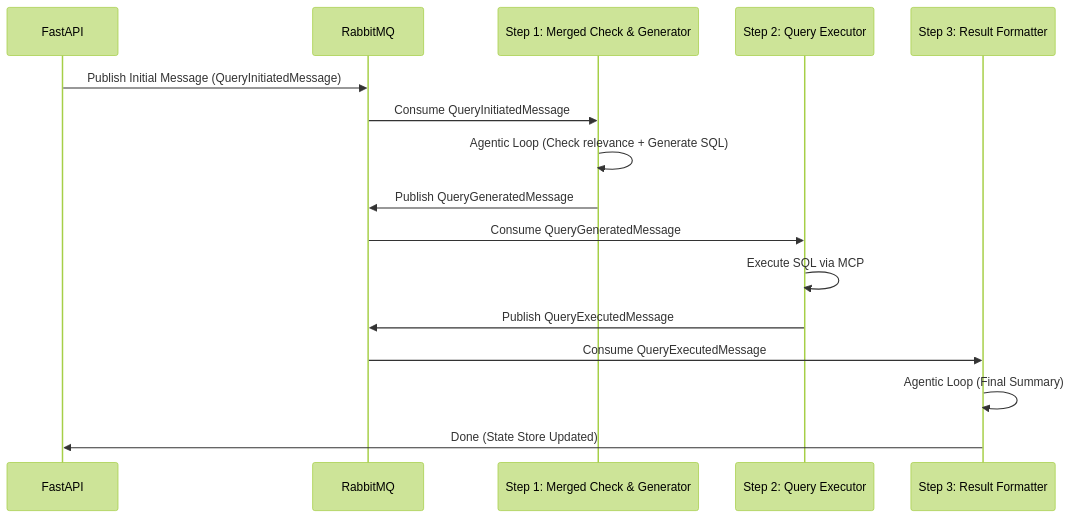
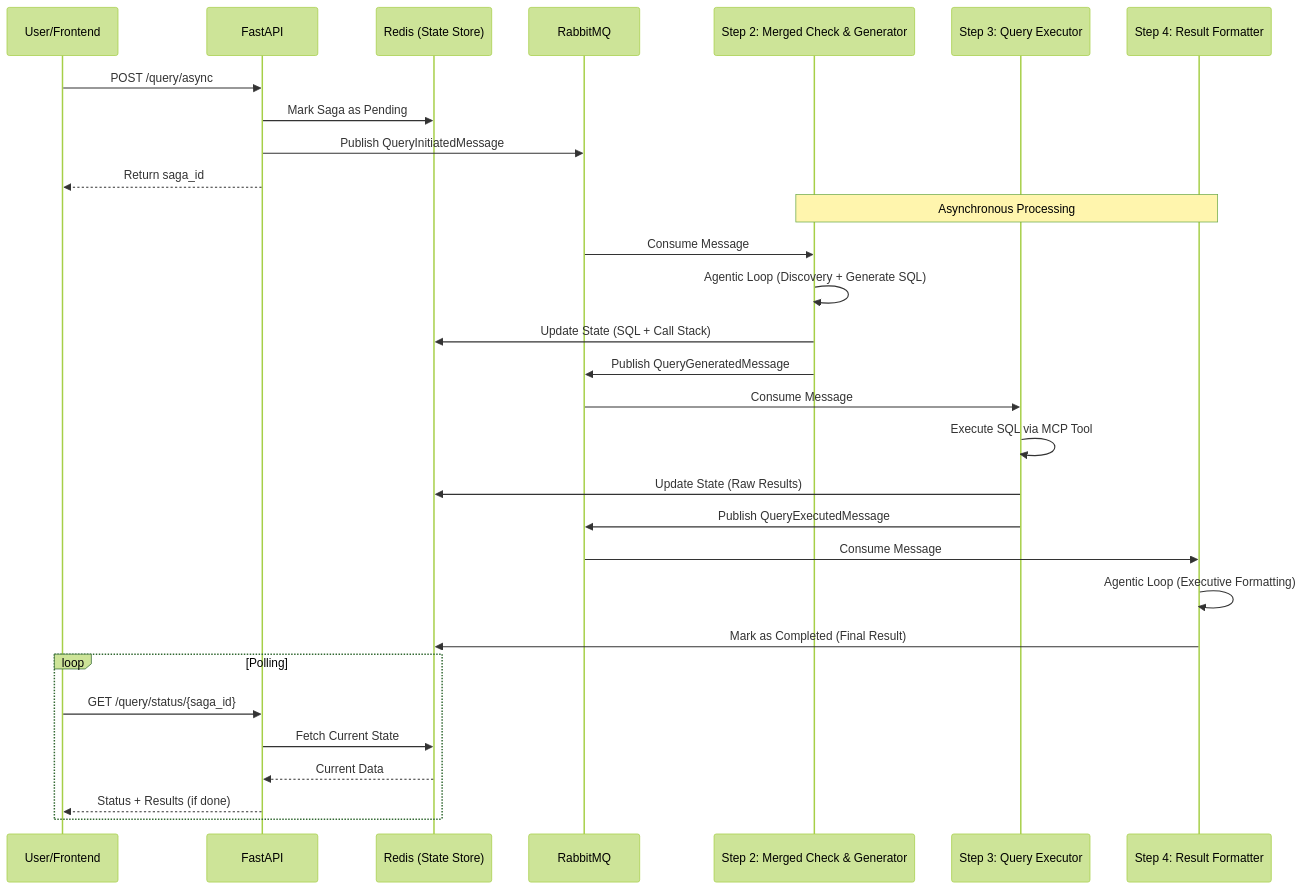
One commit to nadermedhet148/sql-insight-engine changed the second of 2 diagrams in README.md. Above: the diagram before and after it, drawn with Mermaid (forest theme). The commit also changed other lines of this file, not shown here.

Commit message:
docs: Enhance architecture and sequence diagrams with detailed state management, asynchronous flow, and updated worker steps.

````diff
--- a/README.md
+++ b/README.md
@@ -50,19 +55,38 @@
 ```mermaid
 sequenceDiagram
+    participant User as User/Frontend
     participant API as FastAPI
+    participant SS as Redis (State Store)
     participant RMQ as RabbitMQ
-    participant G as Step 1: Merged Check & Generator
-    participant E as Step 2: Query Executor
-    participant F as Step 3: Result Formatter
+    participant G as Step 2: Merged Check & Generator
+    participant E as Step 3: Query Executor
+    participant F as Step 4: Result Formatter
     
-    API->>RMQ: Publish Initial Message (QueryInitiatedMessage)
-    RMQ->>G: Consume QueryInitiatedMessage
-    G->>G: Agentic Loop (Check relevance + Generate SQL)
+    User->>API: POST /query/async
+    API->>SS: Mark Saga as Pending
+    API->>RMQ: Publish QueryInitiatedMessage
+    API-->>User: Return saga_id
+    
+    Note over G,F: Asynchronous Processing
+    
+    RMQ->>G: Consume Message
+    G->>G: Agentic Loop (Discovery + Generate SQL)
+    G->>SS: Update State (SQL + Call Stack)
     G->>RMQ: Publish QueryGeneratedMessage
-    RMQ->>E: Consume QueryGeneratedMessage
-    E->>E: Execute SQL via MCP
+    
+    RMQ->>E: Consume Message
+    E->>E: Execute SQL via MCP Tool
+    E->>SS: Update State (Raw Results)
     E->>RMQ: Publish QueryExecutedMessage
-    RMQ->>F: Consume QueryExecutedMessage
-    F->>F: Agentic Loop (Final Summary)
-    F->>API: Done (State Store Updated)
+    
+    RMQ->>F: Consume Message
+    F->>F: Agentic Loop (Executive Formatting)
+    F->>SS: Mark as Completed (Final Result)
+    
+    loop Polling
+        User->>API: GET /query/status/{saga_id}
+        API->>SS: Fetch Current State
+        SS-->>API: Current Data
+        API-->>User: Status + Results (if done)
+    end
 ```
````
